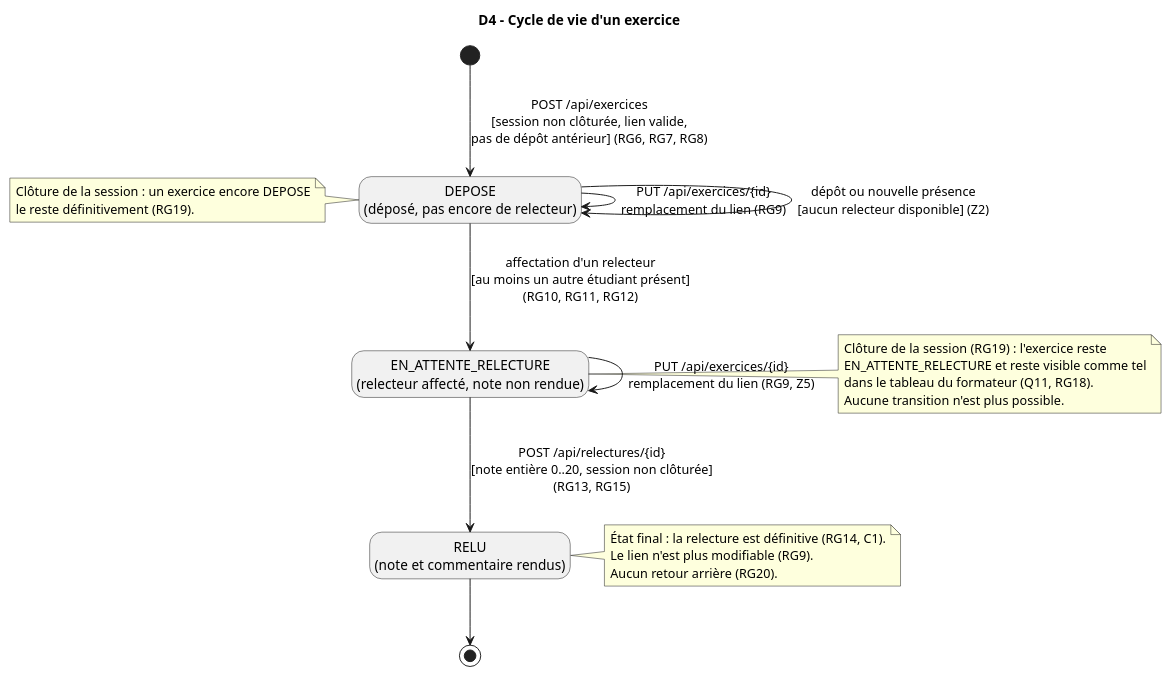
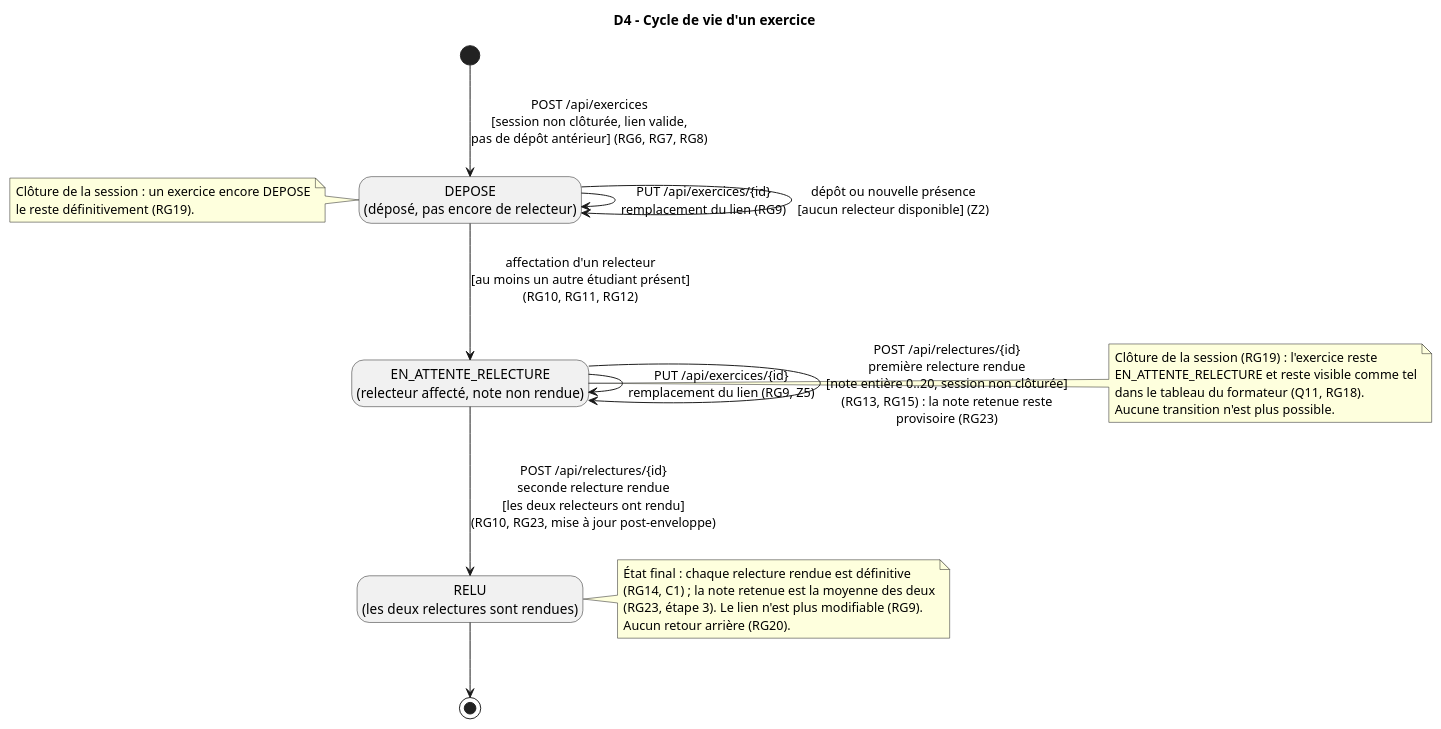
Before and after one commit to victoria175-collab/kfokam48-epreuve-215: the diagram in docs/diagrammes/D4-etats-exercice.puml, drawn with PlantUML. The commit also changed 4 other files, not shown here.

Commit message:
Mettre a jour l'analyse post-enveloppe : deux relecteurs et note retenue (#34)

```diff
--- a/docs/diagrammes/D4-etats-exercice.puml
+++ b/docs/diagrammes/D4-etats-exercice.puml
@@ -1,42 +1,44 @@
 @startuml D4-etats-exercice
 ' D4 - États-transitions du cycle de vie d'un exercice (bonus)
 ' Valeurs de la colonne exercice.statut (D2) : DEPOSE, EN_ATTENTE_RELECTURE, RELU.
 ' Règles de gestion : CAHIER_DES_CHARGES.md, section 6.
 title D4 - Cycle de vie d'un exercice
 
 skinparam shadowing false
 hide empty description
 
 state "DEPOSE\n(déposé, pas encore de relecteur)" as DEPOSE
 state "EN_ATTENTE_RELECTURE\n(relecteur affecté, note non rendue)" as EN_ATTENTE
-state "RELU\n(note et commentaire rendus)" as RELU
+state "RELU\n(les deux relectures sont rendues)" as RELU
 
 [*] --> DEPOSE : POST /api/exercices\n[session non clôturée, lien valide,\npas de dépôt antérieur] (RG6, RG7, RG8)
 
 DEPOSE --> EN_ATTENTE : affectation d'un relecteur\n[au moins un autre étudiant présent]\n(RG10, RG11, RG12)
 DEPOSE --> DEPOSE : PUT /api/exercices/{id}\nremplacement du lien (RG9)
 DEPOSE --> DEPOSE : dépôt ou nouvelle présence\n[aucun relecteur disponible] (Z2)
 
 EN_ATTENTE --> EN_ATTENTE : PUT /api/exercices/{id}\nremplacement du lien (RG9, Z5)
-EN_ATTENTE --> RELU : POST /api/relectures/{id}\n[note entière 0..20, session non clôturée]\n(RG13, RG15)
+EN_ATTENTE --> EN_ATTENTE : POST /api/relectures/{id}\npremière relecture rendue\n[note entière 0..20, session non clôturée]\n(RG13, RG15) : la note retenue reste\nprovisoire (RG23)
+EN_ATTENTE --> RELU : POST /api/relectures/{id}\nseconde relecture rendue\n[les deux relecteurs ont rendu]\n(RG10, RG23, mise à jour post-enveloppe)
 
 RELU --> [*]
 
 note right of EN_ATTENTE
   Clôture de la session (RG19) : l'exercice reste
   EN_ATTENTE_RELECTURE et reste visible comme tel
   dans le tableau du formateur (Q11, RG18).
   Aucune transition n'est plus possible.
 end note
 
 note right of RELU
-  État final : la relecture est définitive (RG14, C1).
-  Le lien n'est plus modifiable (RG9).
+  État final : chaque relecture rendue est définitive
+  (RG14, C1) ; la note retenue est la moyenne des deux
+  (RG23, étape 3). Le lien n'est plus modifiable (RG9).
   Aucun retour arrière (RG20).
 end note
 
 note left of DEPOSE
   Clôture de la session : un exercice encore DEPOSE
   le reste définitivement (RG19).
 end note
 @enduml
```
